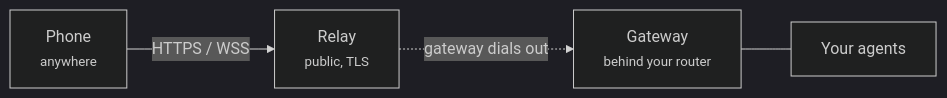
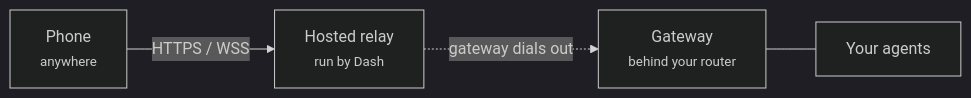
One commit to volumegambit/Dash changed the diagram in docs/remote-access.mdx. Above: the diagram before and after it, drawn with Mermaid (dark theme). The commit also changed other lines of this file and 1 other file, not shown here.

Commit message:
docs: rewrite remote access for hosted relay + troubleshooting (Phase C task 8)

````diff
--- a/docs/remote-access.mdx
+++ b/docs/remote-access.mdx
@@ -35,6 +36,6 @@
 ```mermaid
 graph LR
-    Phone["Phone<br/><small>anywhere</small>"] -->|HTTPS / WSS| Relay["Relay<br/><small>public, TLS</small>"]
+    Phone["Phone<br/><small>anywhere</small>"] -->|HTTPS / WSS| Relay["Hosted relay<br/><small>run by Dash</small>"]
     Relay -.->|gateway dials out| Gateway["Gateway<br/><small>behind your router</small>"]
     Gateway --- Agents["Your agents"]
 ```
````
